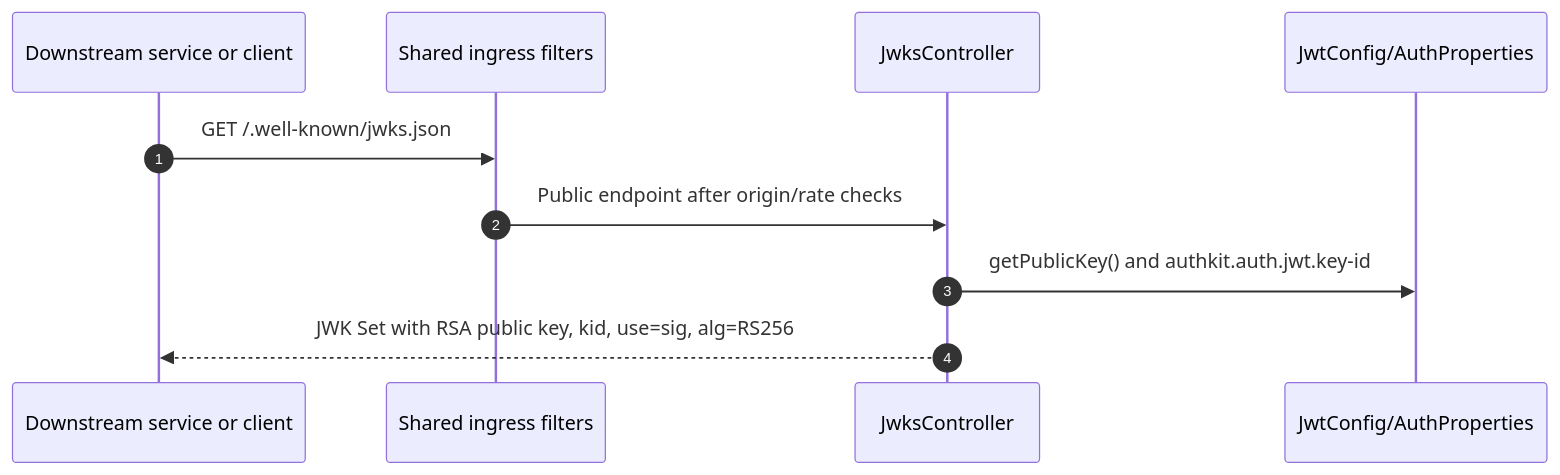
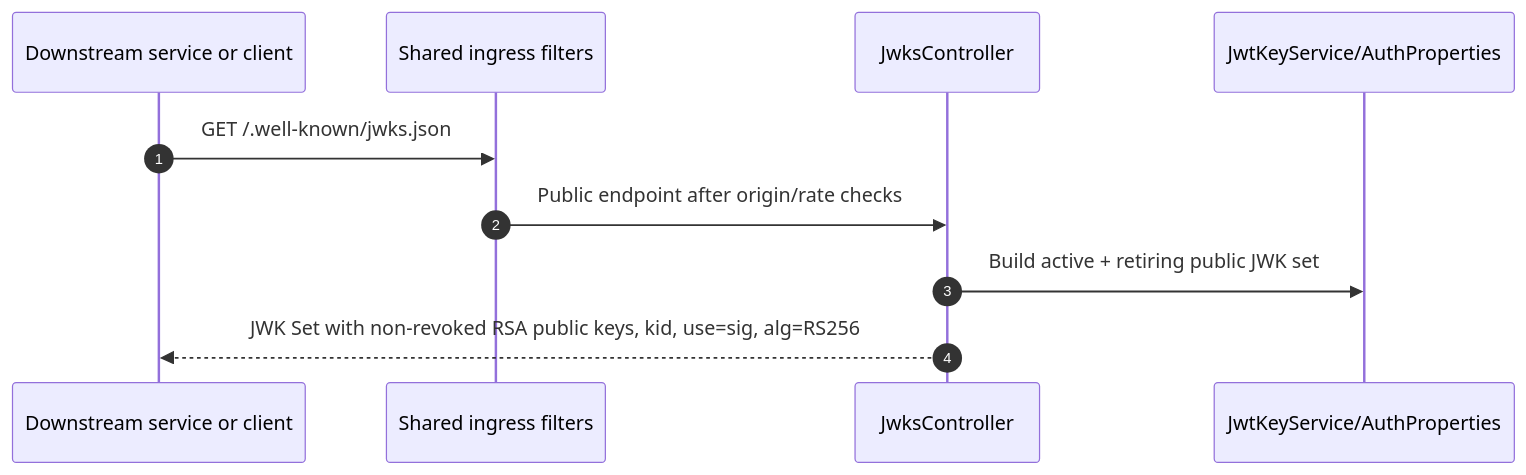
One commit to brenomega/authkit changed diagram 24 of 26 in SYSTEM_USE_CASE_FLOWS.md. Above: the diagram before and after it, drawn with Mermaid. The commit also changed other lines of this file and 65 other files, not shown here.

````diff
--- a/SYSTEM_USE_CASE_FLOWS.md
+++ b/SYSTEM_USE_CASE_FLOWS.md
@@ -1212,13 +1241,13 @@
 ```mermaid
 sequenceDiagram
     autonumber
     participant C as Downstream service or client
     participant I as Shared ingress filters
     participant JC as JwksController
-    participant CFG as JwtConfig/AuthProperties
+    participant CFG as JwtKeyService/AuthProperties
 
     C->>I: GET /.well-known/jwks.json
     I->>JC: Public endpoint after origin/rate checks
-    JC->>CFG: getPublicKey() and authkit.auth.jwt.key-id
-    JC-->>C: JWK Set with RSA public key, kid, use=sig, alg=RS256
+    JC->>CFG: Build active + retiring public JWK set
+    JC-->>C: JWK Set with non-revoked RSA public keys, kid, use=sig, alg=RS256
 ```
````
